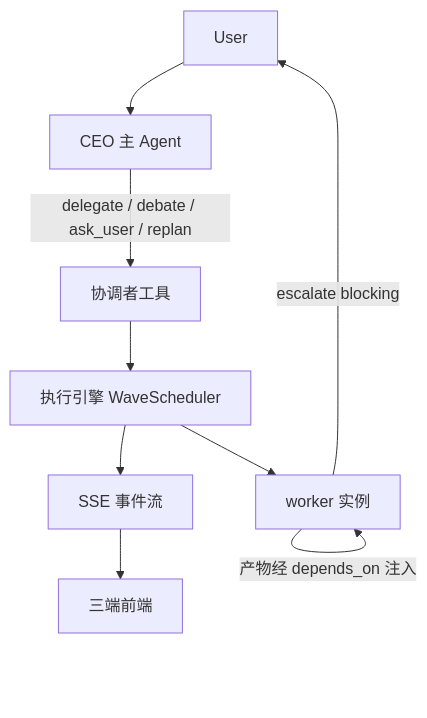
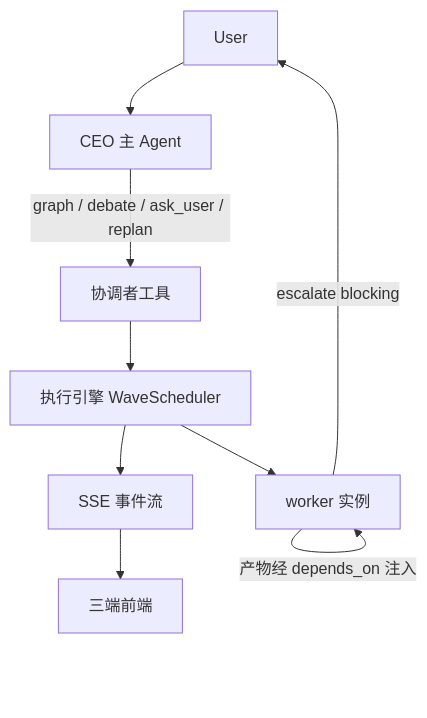
One commit to Lawofall/AgentCore changed the diagram in docs/03-AI核心/运行时总览.md. Above: the diagram before and after it, drawn with Mermaid. The commit also changed other lines of this file and 202 other files, not shown here.

First line of the commit message:
chore: 归档图架构之后的实现改动

````diff
--- a/docs/03-AI核心/运行时总览.md
+++ b/docs/03-AI核心/运行时总览.md
@@ -21,11 +21,11 @@
 ```mermaid
 flowchart TB
   User --> CEO[CEO 主 Agent]
-  CEO -->|delegate / debate / ask_user / replan| Tools[协调者工具]
+  CEO -->|graph / debate / ask_user / replan| Tools[协调者工具]
   Tools --> Engine[执行引擎 WaveScheduler]
   Engine --> Worker[worker 实例]
   Worker -->|产物经 depends_on 注入| Worker
   Worker -->|escalate blocking| User
   Engine --> SSE[SSE 事件流]
   SSE --> UI[三端前端]
 ```
````
